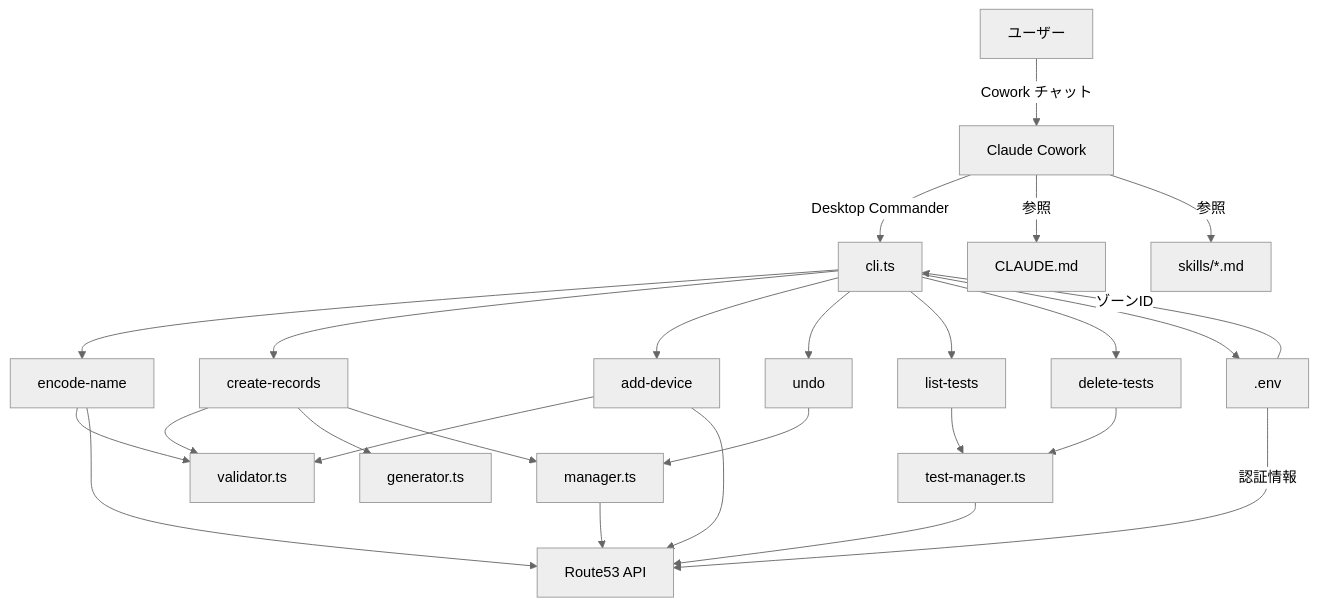
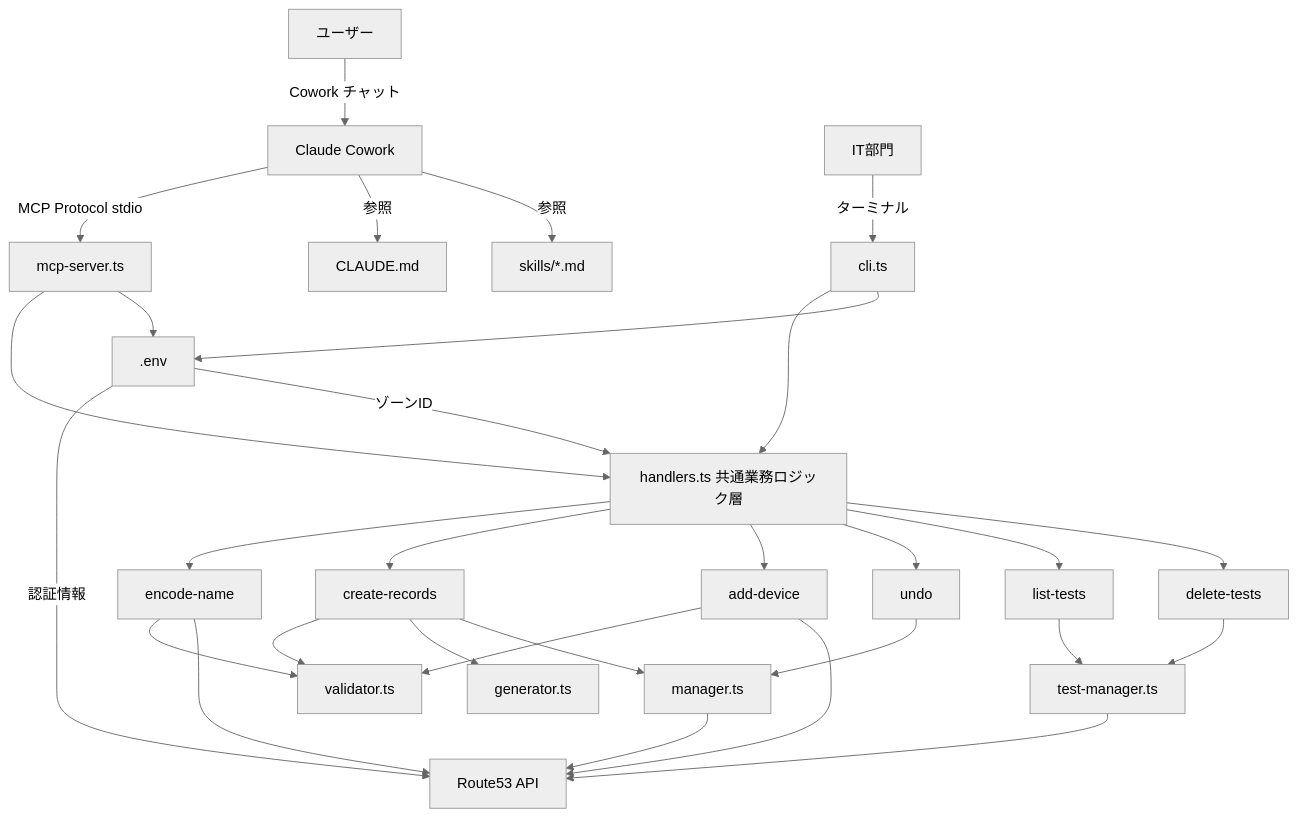
The first of 3 diagrams in docs/architecture.md (y-ishijima/route53_dns_auto_register), drawn with Mermaid (neutral theme) before and after one commit. The commit also changed other lines of this file and 14 other files, not shown here.

First line of the commit message:
feat: MCPサーバー新設・Desktop Commander廃止 (cowork-direct-aws)

````diff
--- a/docs/architecture.md
+++ b/docs/architecture.md
@@ -5,35 +5,40 @@
 ```mermaid
 graph TD
     User[ユーザー] -->|Cowork チャット| Cowork[Claude Cowork]
-    Cowork -->|Desktop Commander| CLI[cli.ts]
+    Cowork -->|MCP Protocol stdio| MCP[mcp-server.ts]
+    MCP --> HANDLERS[handlers.ts 共通業務ロジック層]
 
-    CLI --> EN[encode-name]
-    CLI --> CR[create-records]
-    CLI --> AD[add-device]
-    CLI --> UNDO[undo]
-    CLI --> LT[list-tests]
-    CLI --> DT[delete-tests]
+    IT[IT部門] -->|ターミナル| CLI[cli.ts]
+    CLI --> HANDLERS
+
+    HANDLERS --> EN[encode-name]
+    HANDLERS --> CR[create-records]
+    HANDLERS --> AD[add-device]
+    HANDLERS --> UNDO[undo]
+    HANDLERS --> LT[list-tests]
+    HANDLERS --> DT[delete-tests]
 
     EN --> VAL[validator.ts]
     EN --> R53[Route53 API]
 
     CR --> VAL
     CR --> GEN[generator.ts]
     CR --> MGR[manager.ts]
     MGR --> R53
 
     AD --> VAL
     AD --> R53
 
     UNDO --> MGR
     LT --> TM[test-manager.ts]
     DT --> TM
     TM --> R53
 
-    CLI --> ENV[.env]
+    MCP --> ENV[.env]
+    CLI --> ENV
     ENV -->|認証情報| R53
-    ENV -->|ゾーンID| CLI
+    ENV -->|ゾーンID| HANDLERS
 
     Cowork -->|参照| CLAUDE[CLAUDE.md]
     Cowork -->|参照| SKILL[skills/*.md]
 ```
````
